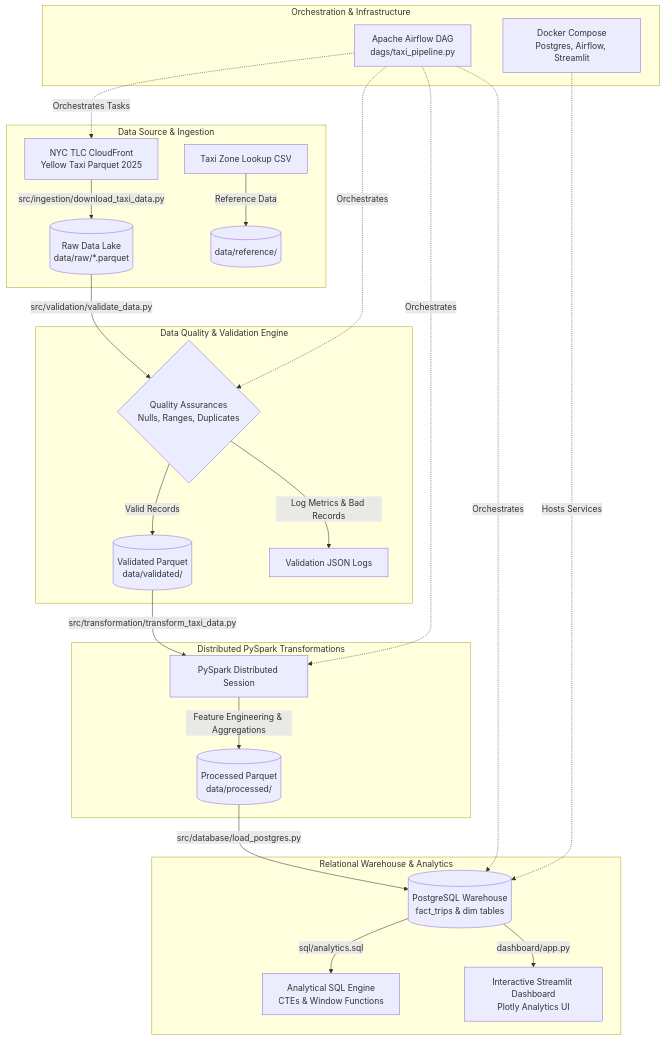
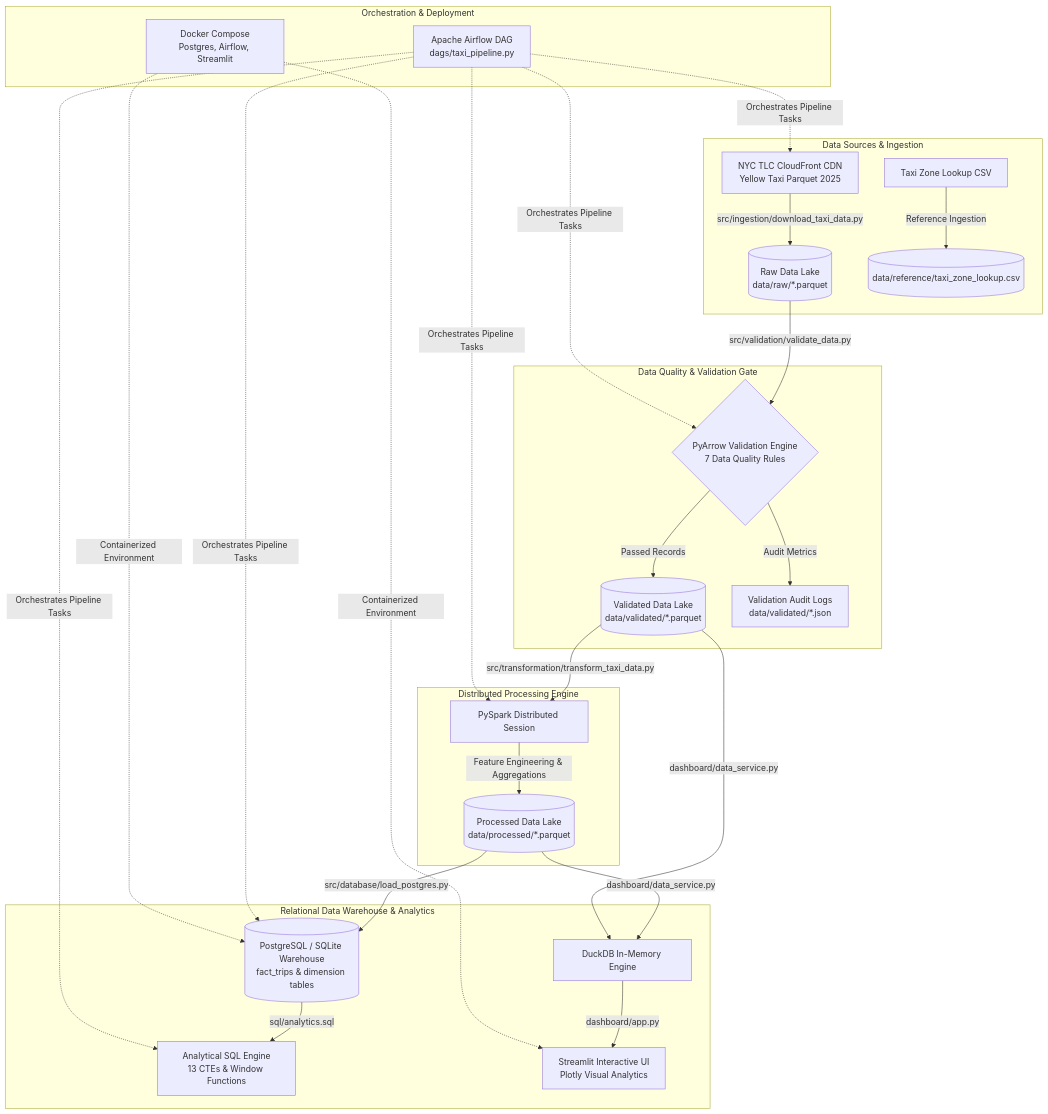
Before and after one commit to tsakirisand/NYC-Taxi-Data-Project: the first of 2 diagrams in README.md, drawn with Mermaid. The commit also changed other lines of this file, not shown here.

Commit message:
docs: redesign README.md with production data engineering documentation

````diff
--- a/README.md
+++ b/README.md
@@ -32,32 +29,30 @@
 ```mermaid
 flowchart TD
-    subgraph Data Source & Ingestion
-        A[NYC TLC CloudFront\nYellow Taxi Parquet 2025] -->|src/ingestion/download_taxi_data.py| B[(Raw Data Lake\ndata/raw/*.parquet)]
-        Ref[Taxi Zone Lookup CSV] -->|Reference Data| RefFolder[(data/reference/)]
+    subgraph Data Sources & Ingestion
+        A[NYC TLC CloudFront CDN\nYellow Taxi Parquet 2025] -->|src/ingestion/download_taxi_data.py| B[(Raw Data Lake\ndata/raw/*.parquet)]
+        Ref[Taxi Zone Lookup CSV] -->|Reference Ingestion| RefFolder[(data/reference/taxi_zone_lookup.csv)]
     end
 
-    subgraph Data Quality & Validation Engine
-        B -->|src/validation/validate_data.py| C{Quality Assurances\nNulls, Ranges, Duplicates}
-        C -->|Valid Records| D[(Validated Parquet\ndata/validated/)]
-        C -->|Log Metrics & Bad Records| M[Validation JSON Logs]
+    subgraph Data Quality & Validation Gate
+        B -->|src/validation/validate_data.py| C{PyArrow Validation Engine\n7 Data Quality Rules}
+        C -->|Passed Records| D[(Validated Data Lake\ndata/validated/*.parquet)]
+        C -->|Audit Metrics| JSON[Validation Audit Logs\ndata/validated/*.json]
     end
 
-    subgraph Distributed PySpark Transformations
+    subgraph Distributed Processing Engine
         D -->|src/transformation/transform_taxi_data.py| E[PySpark Distributed Session]
-        E -->|Feature Engineering & Aggregations| F[(Processed Parquet\ndata/processed/)]
+        E -->|Feature Engineering & Aggregations| F[(Processed Data Lake\ndata/processed/*.parquet)]
     end
 
-    subgraph Relational Warehouse & Analytics
-        F -->|src/database/load_postgres.py| G[(PostgreSQL Warehouse\nfact_trips & dim tables)]
-        G -->|sql/analytics.sql| H[Analytical SQL Engine\nCTEs & Window Functions]
-        G -->|dashboard/app.py| I[Interactive Streamlit Dashboard\nPlotly Analytics UI]
+    subgraph Relational Data Warehouse & Analytics
+        F -->|src/database/load_postgres.py| G[(PostgreSQL / SQLite Warehouse\nfact_trips & dimension tables)]
+        G -->|sql/analytics.sql| H[Analytical SQL Engine\n13 CTEs & Window Functions]
+        F & D -->|dashboard/data_service.py| I[DuckDB In-Memory Engine]
+        I -->|dashboard/app.py| J[Streamlit Interactive UI\nPlotly Visual Analytics]
     end
 
-    subgraph Orchestration & Infrastructure
-        J[Apache Airflow DAG\ndags/taxi_pipeline.py] -. Orchestrates Tasks .-> A
-        J -. Orchestrates .-> C
-        J -. Orchestrates .-> E
-        J -. Orchestrates .-> G
-        Docker[Docker Compose\nPostgres, Airflow, Streamlit] -. Hosts Services .-> G
+    subgraph Orchestration & Deployment
+        Airflow[Apache Airflow DAG\ndags/taxi_pipeline.py] -. Orchestrates Pipeline Tasks .-> A & C & E & G & H
+        Docker[Docker Compose\nPostgres, Airflow, Streamlit] -. Containerized Environment .-> G & J
     end
 ```
````
